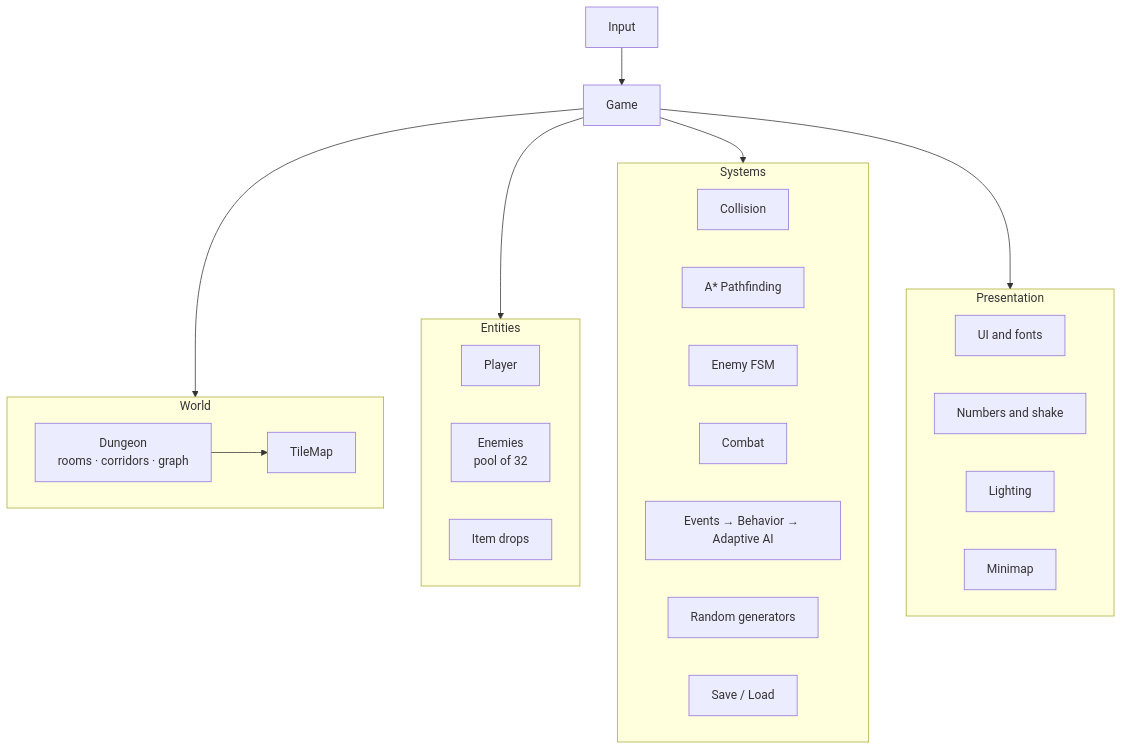
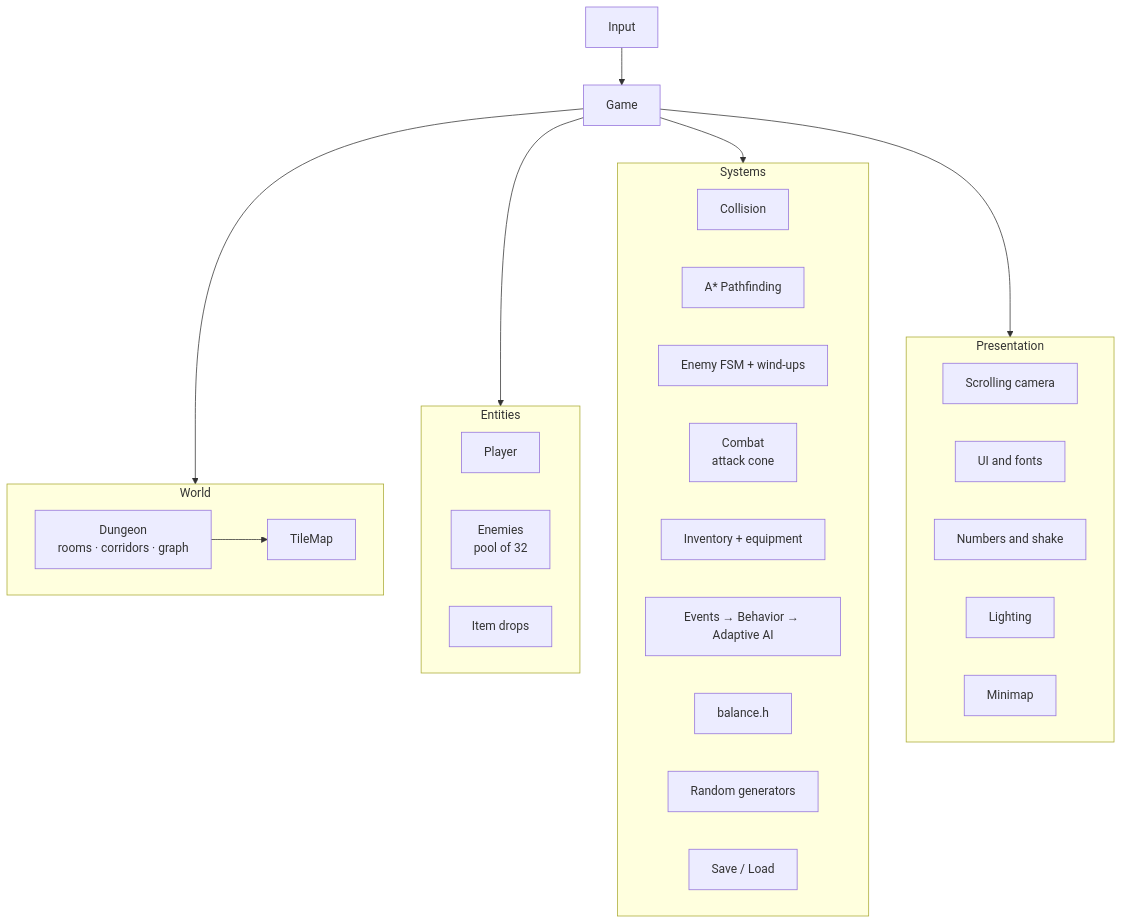
Before and after one commit to RaghavKansal-07/DungeonForge: the second of 2 diagrams in README.md, drawn with Mermaid. The commit also changed other lines of this file and 5 other files, not shown here.

Commit message:
Update README for Phase 3: random dungeons, camera, aiming, wind-ups, balance, gear, fight style and Retake screenshots for Phase 3

````diff
--- a/README.md
+++ b/README.md
@@ -280,37 +330,40 @@
 ```mermaid
 flowchart TB
     Input --> Game
     Game --> World
     Game --> Entities
     Game --> Systems
     Game --> Presentation
 
     subgraph World
         TileMap
-        Dungeon[Dungeon<br/>rooms · corridors · graph]
+        Dungeon["Dungeon<br/>rooms · corridors · graph"]
         Dungeon --> TileMap
     end
 
     subgraph Entities
         Player
-        Enemies[Enemies<br/>pool of 32]
-        Drops[Item drops]
+        Enemies["Enemies<br/>pool of 32"]
+        Drops["Item drops"]
     end
 
     subgraph Systems
         Collision
-        Pathfinding[A* Pathfinding]
-        FSM[Enemy FSM]
-        Combat
-        Events[Events → Behavior → Adaptive AI]
-        RNG[Random generators]
-        Save[Save / Load]
+        Pathfinding["A* Pathfinding"]
+        FSM["Enemy FSM + wind-ups"]
+        Combat["Combat<br/>attack cone"]
+        Gear["Inventory + equipment"]
+        AI["Events → Behavior → Adaptive AI"]
+        Balance["balance.h"]
+        RNG["Random generators"]
+        Save["Save / Load"]
     end
 
     subgraph Presentation
-        UI[UI and fonts]
-        Effects[Numbers and shake]
+        Camera["Scrolling camera"]
+        UI["UI and fonts"]
+        Effects["Numbers and shake"]
         Lighting
         Minimap
     end
 ```
````
